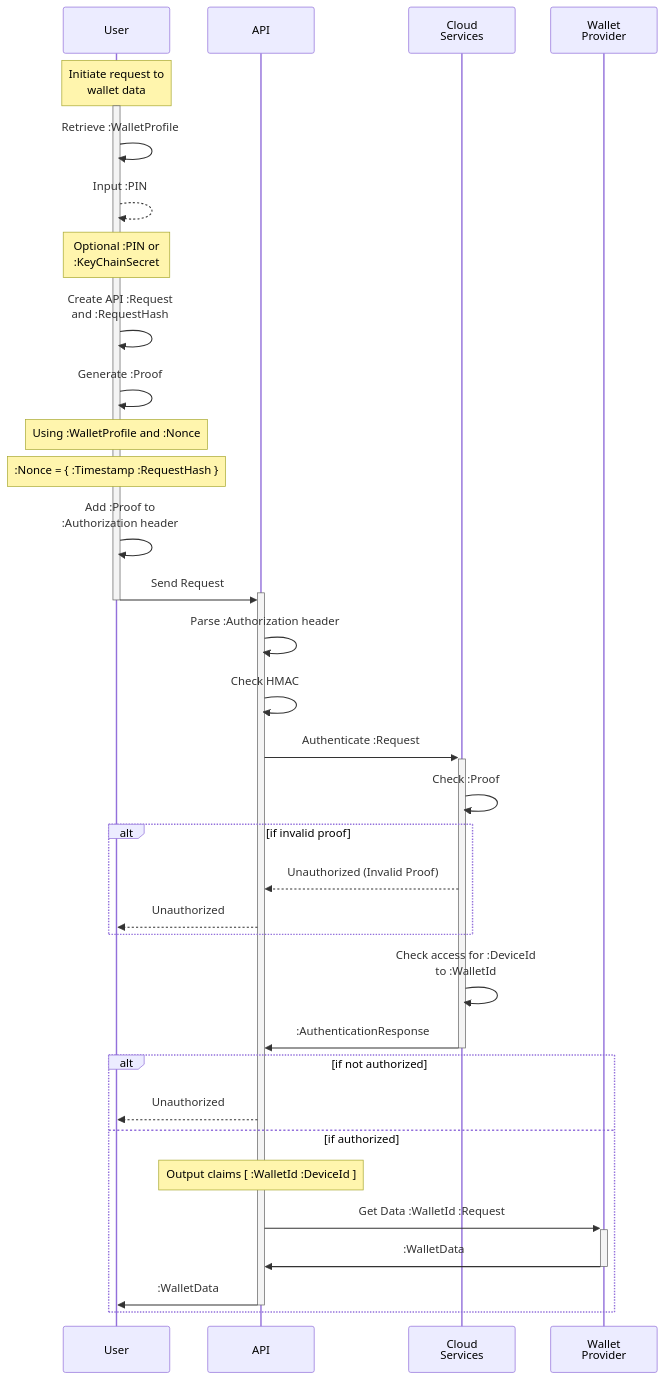
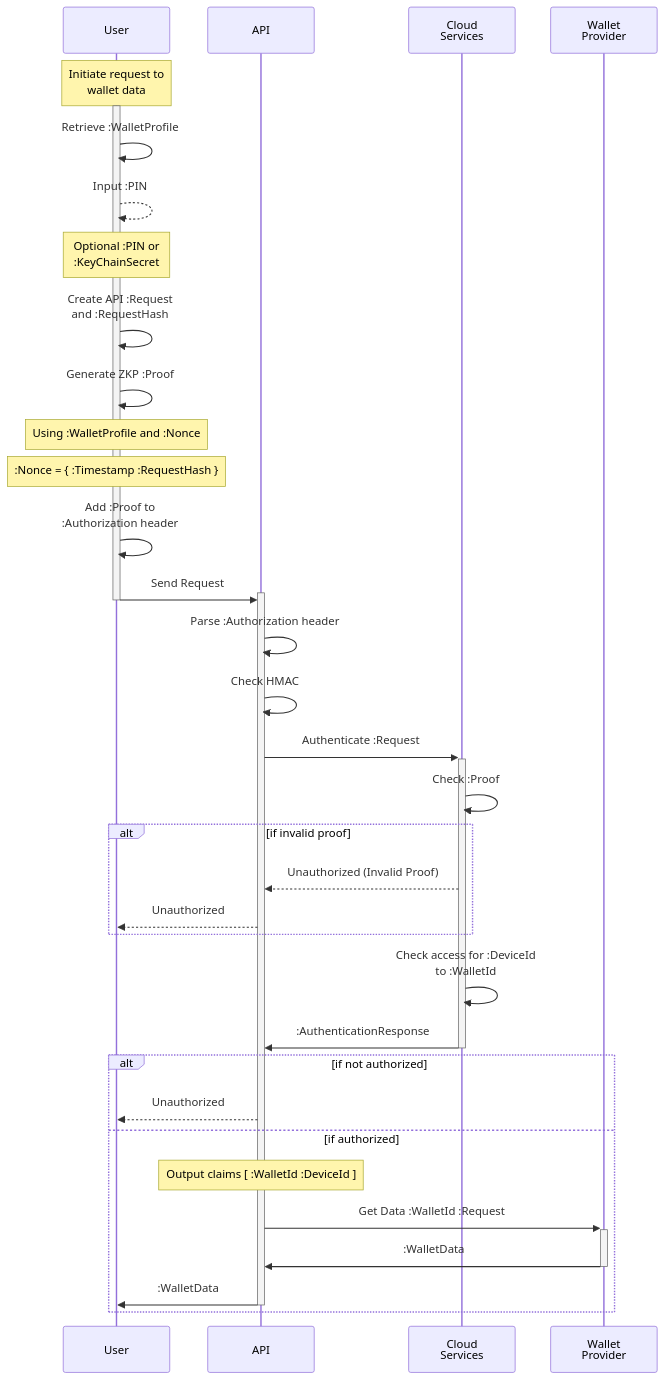
One commit to trinsic-id/v2-sdk changed the second of 2 diagrams in docs/learn/security.md. Above: the diagram before and after it, drawn with Mermaid. The commit also changed other lines of this file, not shown here.

````diff
--- a/docs/learn/security.md
+++ b/docs/learn/security.md
@@ -50,43 +58,43 @@
 ```mermaid
 
 sequenceDiagram
 
     participant U as User
     participant A as API
     participant S as Cloud<br/>Services
     participant W as Wallet<br/>Provider
 
     note over U: Initiate request to<br/>wallet data
     activate U
     U->>U: Retrieve :WalletProfile
     U-->>U: Input :PIN
     note over U: Optional :PIN or<br/>:KeyChainSecret
     U->>U: Create API :Request<br/>and :RequestHash
-    U->>U: Generate :Proof
+    U->>U: Generate ZKP :Proof
     note over U: Using :WalletProfile and :Nonce
     note over U: :Nonce = { :Timestamp :RequestHash }
     U->>U: Add :Proof to<br/>:Authorization header
     U->>+A: Send Request
     deactivate U
 
     A->>A: Parse :Authorization header
     A->>A: Check HMAC
 
     A->>+S: Authenticate :Request
     S->>S: Check :Proof
     alt if invalid proof
         S-->>A: Unauthorized (Invalid Proof)
         A-->>U: Unauthorized
     end
     S->>S: Check access for :DeviceId<br/>to :WalletId
     S->>-A: :AuthenticationResponse
 
     alt if not authorized
         A-->>U: Unauthorized
     else if authorized
         note over A: Output claims [ :WalletId :DeviceId ]
         A->>+W: Get Data :WalletId :Request
         W->>-A: :WalletData
         A->>-U: :WalletData
     end
 ```
````
